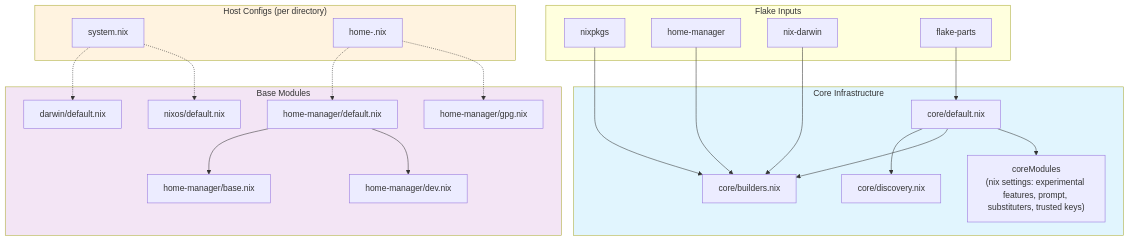
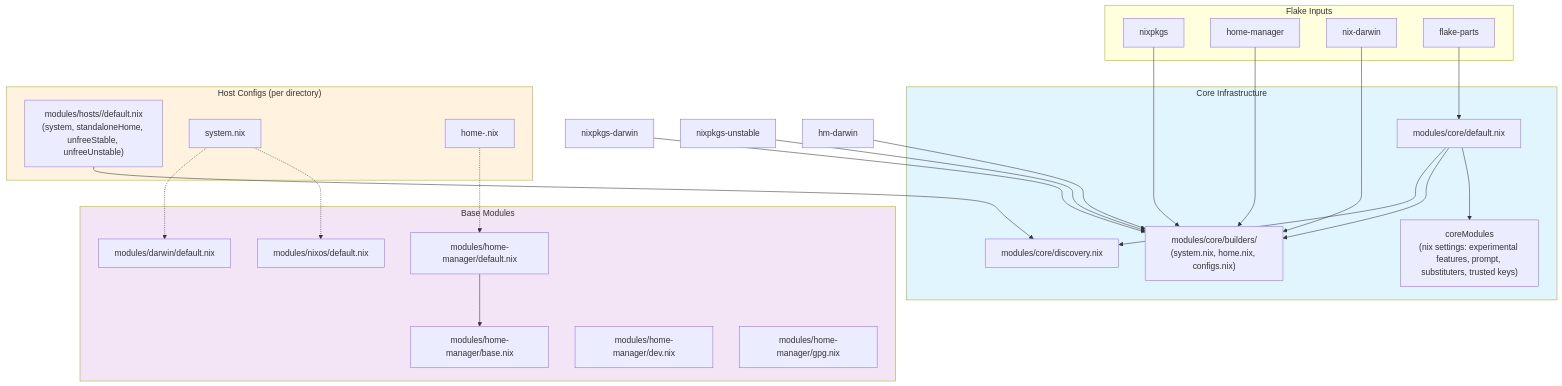
Before and after one commit to WombatFromHell/automatic-palm-tree: the first of 6 diagrams in DESIGN.md, drawn with Mermaid. The commit also changed other lines of this file and 15 other files, not shown here.

Commit message:
Refactoring to enable 'allowUnfreePredicate' while keeping stable/unstablePkgs

````diff
--- a/DESIGN.md
+++ b/DESIGN.md
@@ -7,51 +7,55 @@
 ```mermaid
 graph TB
     subgraph Inputs ["Flake Inputs"]
         nixpkgs["nixpkgs"]
         hm["home-manager"]
         darwin["nix-darwin"]
         fp["flake-parts"]
     end
 
     subgraph Core ["Core Infrastructure"]
-        coreDef["core/default.nix"]
-        disc["core/discovery.nix"]
-        build["core/builders.nix"]
+        coreDef["modules/core/default.nix"]
+        disc["modules/core/discovery.nix"]
+        builders["modules/core/builders/\n(system.nix, home.nix, configs.nix)"]
         coreMod["coreModules\n(nix settings: experimental features, prompt, substituters, trusted keys)"]
     end
 
     subgraph BaseM["Base Modules"]
-        nixosMod["nixos/default.nix"]
-        darwinMod["darwin/default.nix"]
-        hmDef["home-manager/default.nix"]
-        hmBase["home-manager/base.nix"]
-        hmDev["home-manager/dev.nix"]
-        hmGpg["home-manager/gpg.nix"]
+        nixosMod["modules/nixos/default.nix"]
+        darwinMod["modules/darwin/default.nix"]
+        hmDef["modules/home-manager/default.nix"]
+        hmBase["modules/home-manager/base.nix"]
+        hmDev["modules/home-manager/dev.nix"]
+        hmGpg["modules/home-manager/gpg.nix"]
     end
 
     subgraph Hosts ["Host Configs (per directory)"]
+        hostDef["modules/hosts/<name>/default.nix\n(system, standaloneHome, unfreeStable, unfreeUnstable)"]
         sysNix["system.nix"]
         homeNix["home-<user>.nix"]
     end
 
-    nixpkgs --> build
-    hm --> build
-    darwin --> build
+    hostDef --> disc
+
+    nixpkgs --> builders
+    nixpkgs-darwin --> builders
+    nixpkgs-unstable --> builders
+    hm --> builders
+    hm-darwin --> builders
+    darwin --> builders
     fp --> coreDef
 
     coreDef --> disc
-    coreDef --> build
+    coreDef --> builders
     coreDef --> coreMod
 
     hmDef --> hmBase
-    hmDef --> hmDev
 
     sysNix -.-> darwinMod
     sysNix -.-> nixosMod
     homeNix -.-> hmDef
-    homeNix -.-> hmGpg
 
     style Core fill:#e1f5fe
     style BaseM fill:#f3e5f5
     style Hosts fill:#fff3e0
 ```
````
